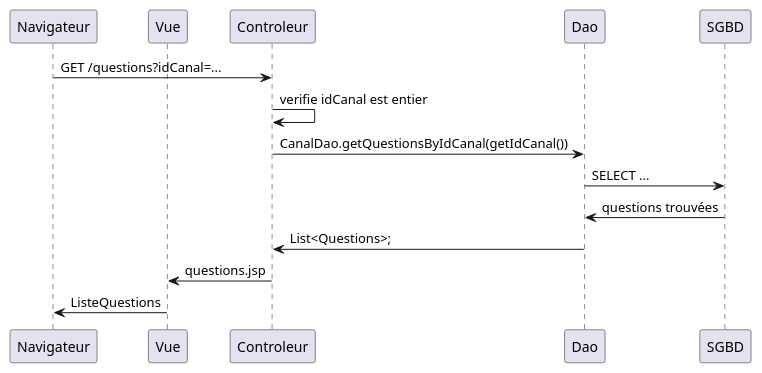
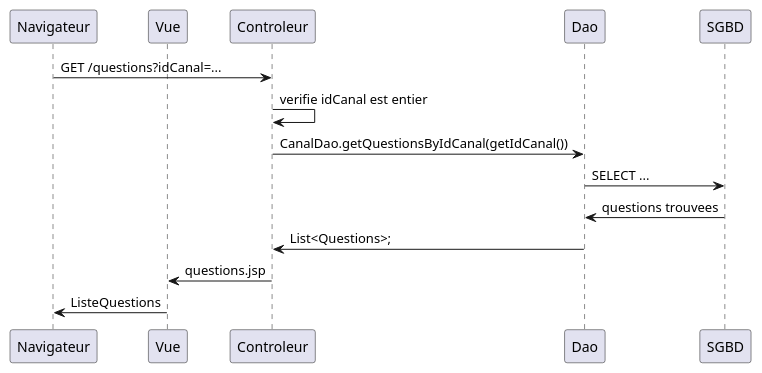
One commit to michel-plasse/siomassy2021 changed the diagram in src/main/webapp/doc/repondreAUneQuestion.puml. Above: the diagram before and after it, drawn with PlantUML.

Commit message:
diagramme de sequense: afficher les reponses a une question

```diff
--- a/src/main/webapp/doc/repondreAUneQuestion.puml
+++ b/src/main/webapp/doc/repondreAUneQuestion.puml
@@ -1,15 +1,15 @@
  @startuml
 ' par défaut, les couches sont disposées dans l'ordre d'apparition
 ' nous utilison participant pour préciser qu'après Navigateur il y a Vue et non Controleur
 participant Navigateur
 participant Vue
 
 Navigateur -> Controleur: GET /questions?idCanal=...
 Controleur -> Controleur: verifie idCanal est entier
 Controleur -> Dao: CanalDao.getQuestionsByIdCanal(getIdCanal())
 Dao -> SGBD: SELECT ...
-SGBD -> Dao: questions trouvées 
+SGBD -> Dao: questions trouvees 
 Dao -> Controleur: List<Questions>;
 Controleur -> Vue: questions.jsp
 Vue -> Navigateur: ListeQuestions
 @enduml
```
